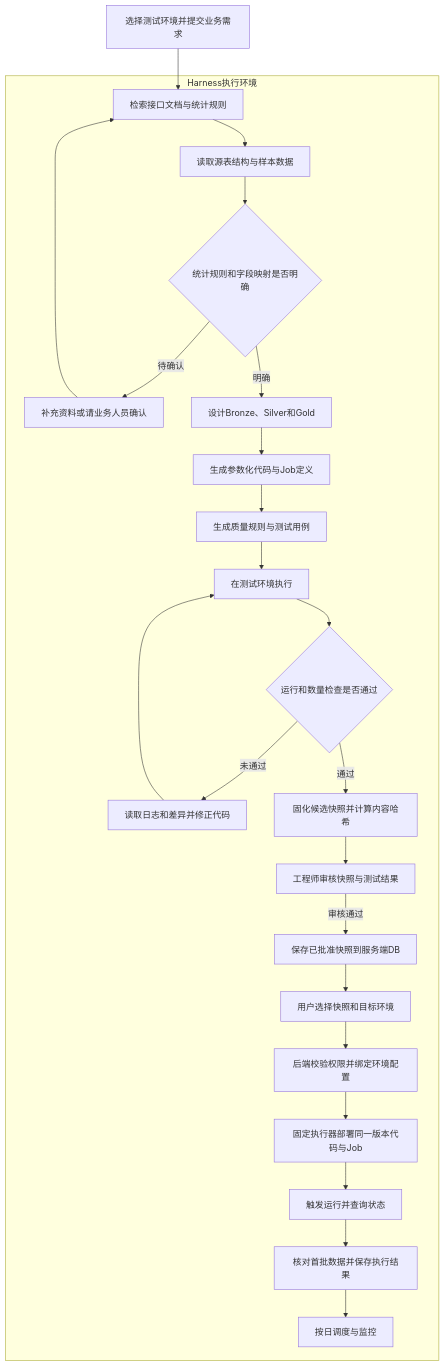
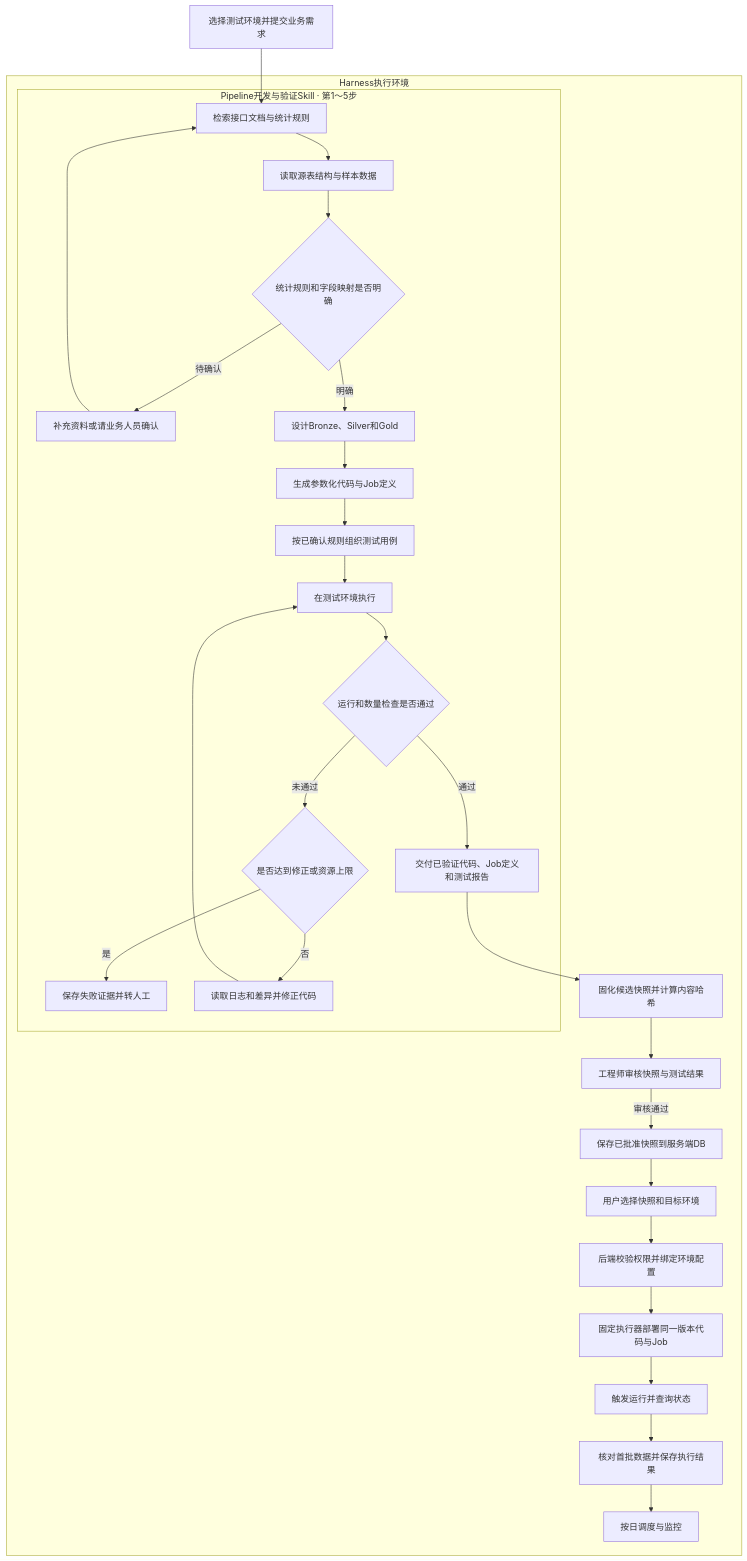
The diagram in AI 知识/Databricks on AWS的四种AI应用场景.md (odaneo/obsidian-blog-content), drawn with Mermaid before and after one commit. The commit also changed other lines of this file and 8 other files, not shown here.

````diff
--- a/AI 知识/Databricks on AWS的四种AI应用场景.md
+++ b/AI 知识/Databricks on AWS的四种AI应用场景.md
@@ -58,26 +58,31 @@
 ```mermaid
 flowchart TD
     A["选择测试环境并提交业务需求"] --> B
     subgraph HARNESS["Harness执行环境"]
-        B["检索接口文档与统计规则"] --> C["读取源表结构与样本数据"]
-        C --> D{"统计规则和字段映射是否明确"}
-        D -->|待确认| E["补充资料或请业务人员确认"]
-        E --> B
-        D -->|明确| F["设计Bronze、Silver和Gold"]
-        F --> G["生成参数化代码与Job定义"]
-        G --> H["生成质量规则与测试用例"]
-        H --> I["在测试环境执行"]
-        I --> J{"运行和数量检查是否通过"}
-        J -->|未通过| K["读取日志和差异并修正代码"]
-        K --> I
-        J -->|通过| L["固化候选快照并计算内容哈希"]
+        subgraph DEVSKILL["Pipeline开发与验证Skill · 第1～5步"]
+            B["检索接口文档与统计规则"] --> C["读取源表结构与样本数据"]
+            C --> D{"统计规则和字段映射是否明确"}
+            D -->|待确认| E["补充资料或请业务人员确认"]
+            E --> B
+            D -->|明确| F["设计Bronze、Silver和Gold"]
+            F --> G["生成参数化代码与Job定义"]
+            G --> H["按已确认规则组织测试用例"]
+            H --> I["在测试环境执行"]
+            I --> J{"运行和数量检查是否通过"}
+            J -->|未通过| V{"是否达到修正或资源上限"}
+            V -->|是| W["保存失败证据并转人工"]
+            V -->|否| K["读取日志和差异并修正代码"]
+            K --> I
+            J -->|通过| U["交付已验证代码、Job定义和测试报告"]
+        end
+        U --> L["固化候选快照并计算内容哈希"]
         L --> M["工程师审核快照与测试结果"]
         M -->|审核通过| N["保存已批准快照到服务端DB"]
         N --> O["用户选择快照和目标环境"]
         O --> P["后端校验权限并绑定环境配置"]
         P --> Q["固定执行器部署同一版本代码与Job"]
         Q --> R["触发运行并查询状态"]
         R --> S["核对首批数据并保存执行结果"]
         S --> T["按日调度与监控"]
     end
 ```
````
